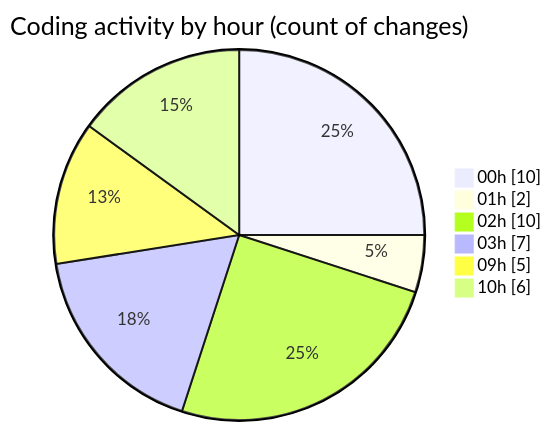
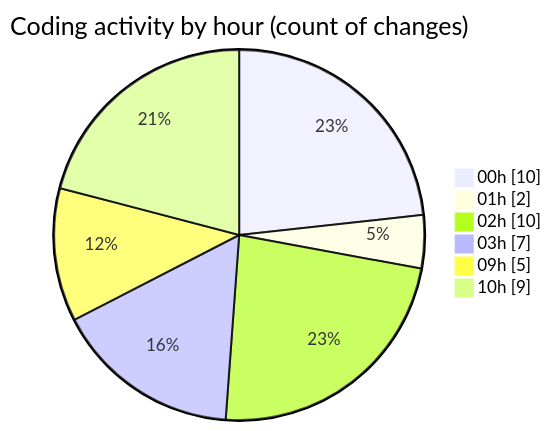
The second of 2 diagrams in 2025-10-30/cdp_aleoudev_fr__workspace_/README.md (julien-gomy/code-tracking), drawn with Mermaid before and after one commit. The commit also changed other lines of this file and 1 other file, not shown here.

````diff
--- a/2025-10-30/cdp_aleoudev_fr__workspace_/README.md
+++ b/2025-10-30/cdp_aleoudev_fr__workspace_/README.md
@@ -38,10 +38,10 @@
 ```mermaid
 pie showData
 title Coding activity by hour (count of changes)
 "00h" : 10
 "01h" : 2
 "02h" : 10
 "03h" : 7
 "09h" : 5
-"10h" : 6
+"10h" : 9
 ```
````
